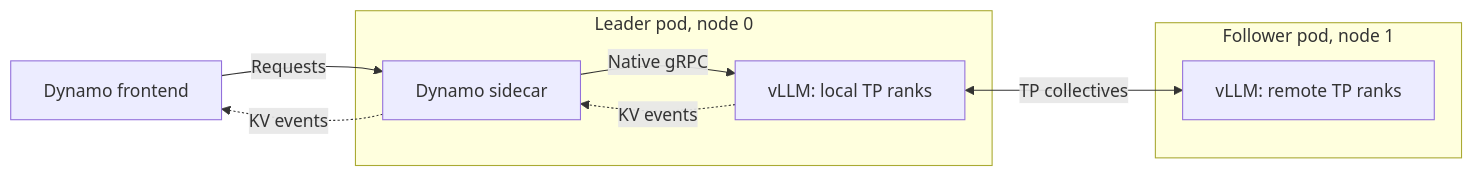
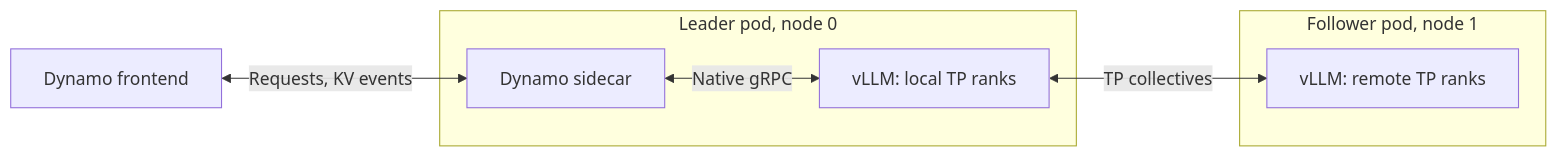
Before and after one commit to ai-dynamo/dynamo: the second of 3 diagrams in docs/fern/pages/developer-guide/knowledge-base/modular-components/backends/vllm/sidecar.md, drawn with Mermaid. The commit also changed other lines of this file and 6 other files, not shown here.

Commit message:
docs(sidecar): simplify topology diagrams for Fern rendering

````diff
--- a/docs/fern/pages/developer-guide/knowledge-base/modular-components/backends/vllm/sidecar.md
+++ b/docs/fern/pages/developer-guide/knowledge-base/modular-components/backends/vllm/sidecar.md
@@ -78,14 +76,11 @@
 ```mermaid
 flowchart LR
-  F[Dynamo frontend]
+  F[Dynamo frontend] <-->|Requests, KV events| S
   subgraph L[Leader pod, node 0]
-    S[Dynamo sidecar] -->|Native gRPC| E0[vLLM: local TP ranks]
-    E0 -.->|KV events| S
+    S[Dynamo sidecar] <-->|Native gRPC| E0[vLLM: local TP ranks]
   end
   subgraph W[Follower pod, node 1]
     E1[vLLM: remote TP ranks]
   end
-  F -->|Requests| S
-  S -.->|KV events| F
   E0 <-->|TP collectives| E1
 ```
````
